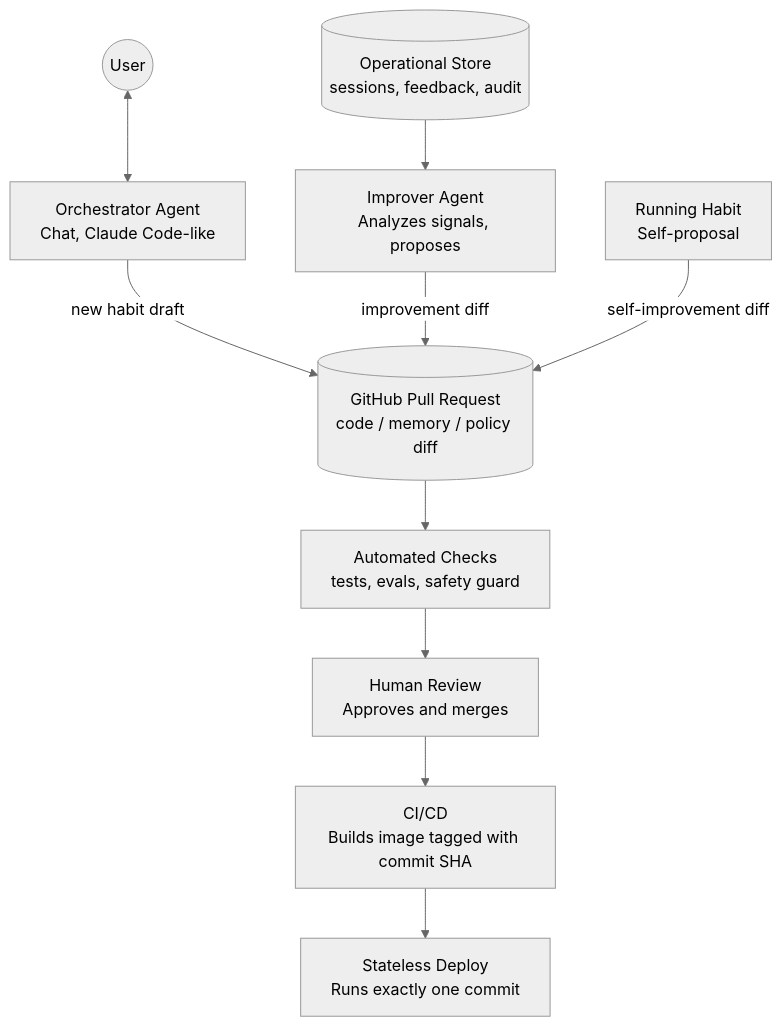
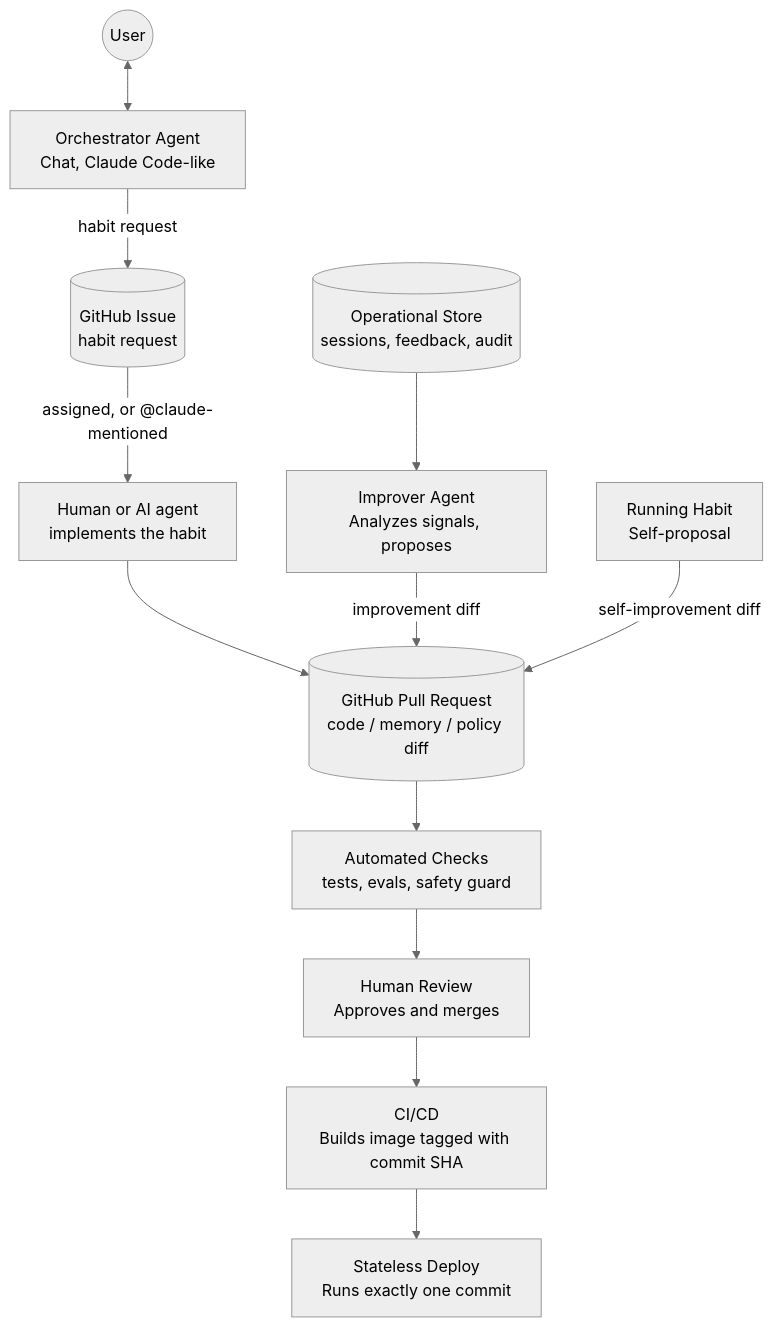
The first of 2 diagrams in ARCHITECTURE.md (emiralpayar/pan-galactic-habit), drawn with Mermaid (neutral theme) before and after one commit. The commit also changed other lines of this file and 3 other files, not shown here.

First line of the commit message:
docs(orchestrator): open habit-request issues, not PRs (ADR 0007) (#10)

````diff
--- a/ARCHITECTURE.md
+++ b/ARCHITECTURE.md
@@ -60,17 +60,19 @@
 ```mermaid
 flowchart TD
     USER(("User")) <--> ORC["Orchestrator Agent<br/>Chat, Claude Code-like"]
     OPS[("Operational Store<br/>sessions, feedback, audit")]
     OPS --> IMP["Improver Agent<br/>Analyzes signals, proposes"]
     HABIT["Running Habit<br/>Self-proposal"]
 
-    ORC -- "new habit draft" --> PR
+    ORC -- "habit request" --> ISSUE[("GitHub Issue<br/>habit request")]
+    ISSUE -- "assigned, or @claude-mentioned" --> IMPLEMENTER["Human or AI agent<br/>implements the habit"]
+    IMPLEMENTER --> PR
     IMP -- "improvement diff" --> PR
     HABIT -- "self-improvement diff" --> PR
 
     PR[("GitHub Pull Request<br/>code / memory / policy diff")]
     PR --> CHECKS["Automated Checks<br/>tests, evals, safety guard"]
     CHECKS --> REVIEW["Human Review<br/>Approves and merges"]
     REVIEW --> BUILD["CI/CD<br/>Builds image tagged with commit SHA"]
     BUILD --> DEPLOY["Stateless Deploy<br/>Runs exactly one commit"]
 ```
````
